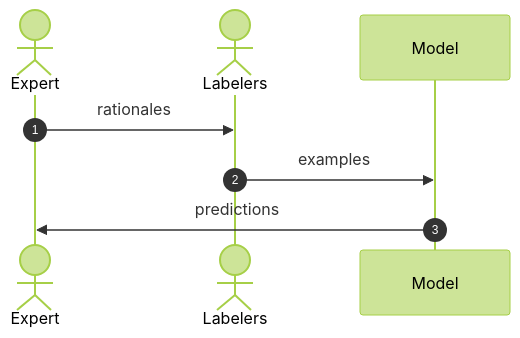
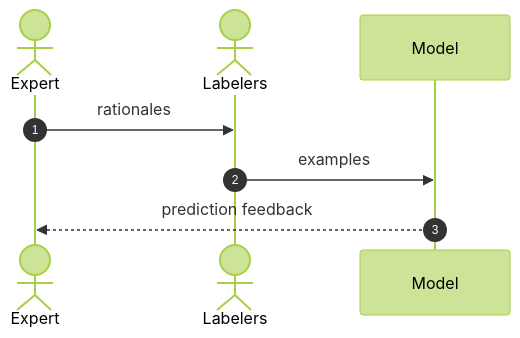
One commit to borisdev/research changed the first of 2 diagrams in tune-chatgpt/README.md. Above: the diagram before and after it, drawn with Mermaid (forest theme). The commit also changed other lines of this file, not shown here.

Commit message:
better sequence diagram

````diff
--- a/tune-chatgpt/README.md
+++ b/tune-chatgpt/README.md
@@ -41,10 +41,10 @@
 ```mermaid
 sequenceDiagram
     autonumber
     actor E as Expert
     actor L as Labelers
     participant M as Model
     E->>L: rationales
     L->>M: examples
-    M->>E: predictions
+    M-->>E: prediction feedback
 ```
````
